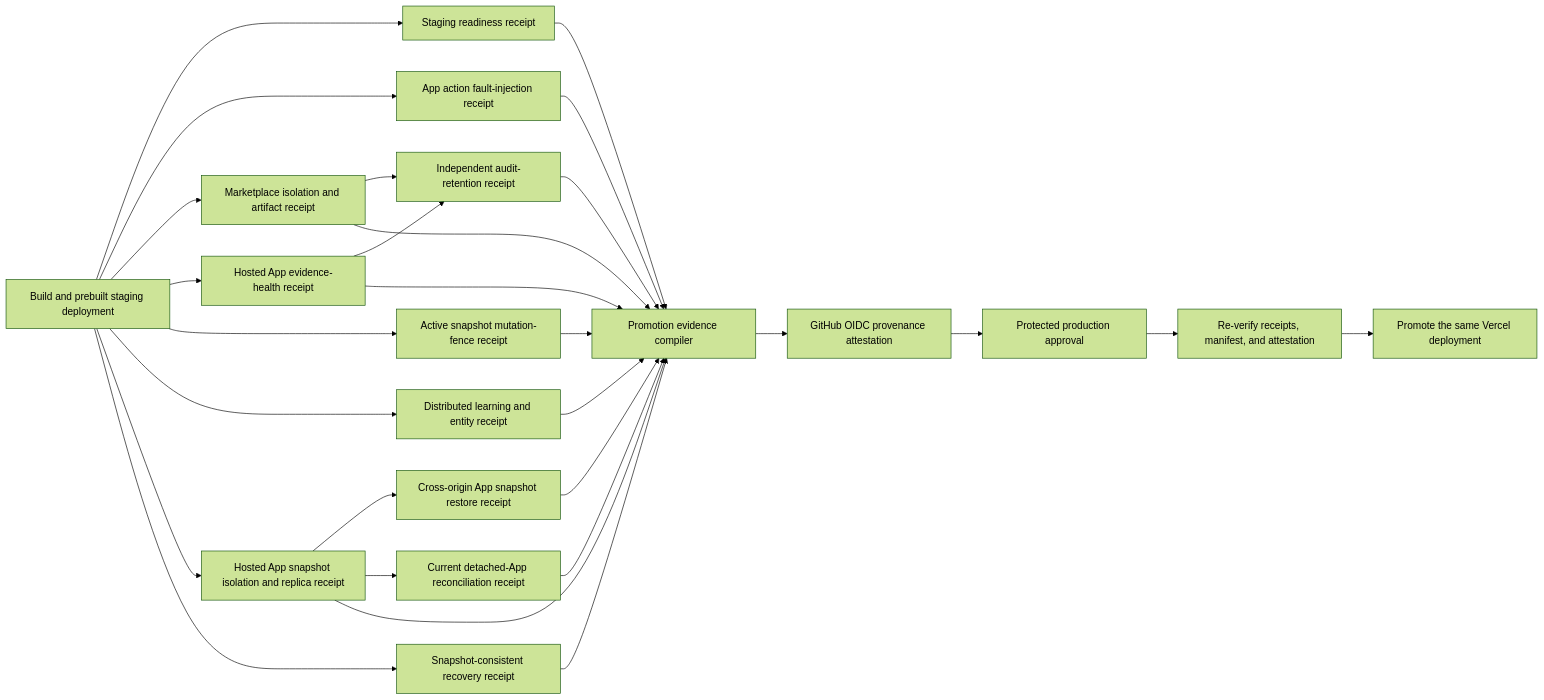
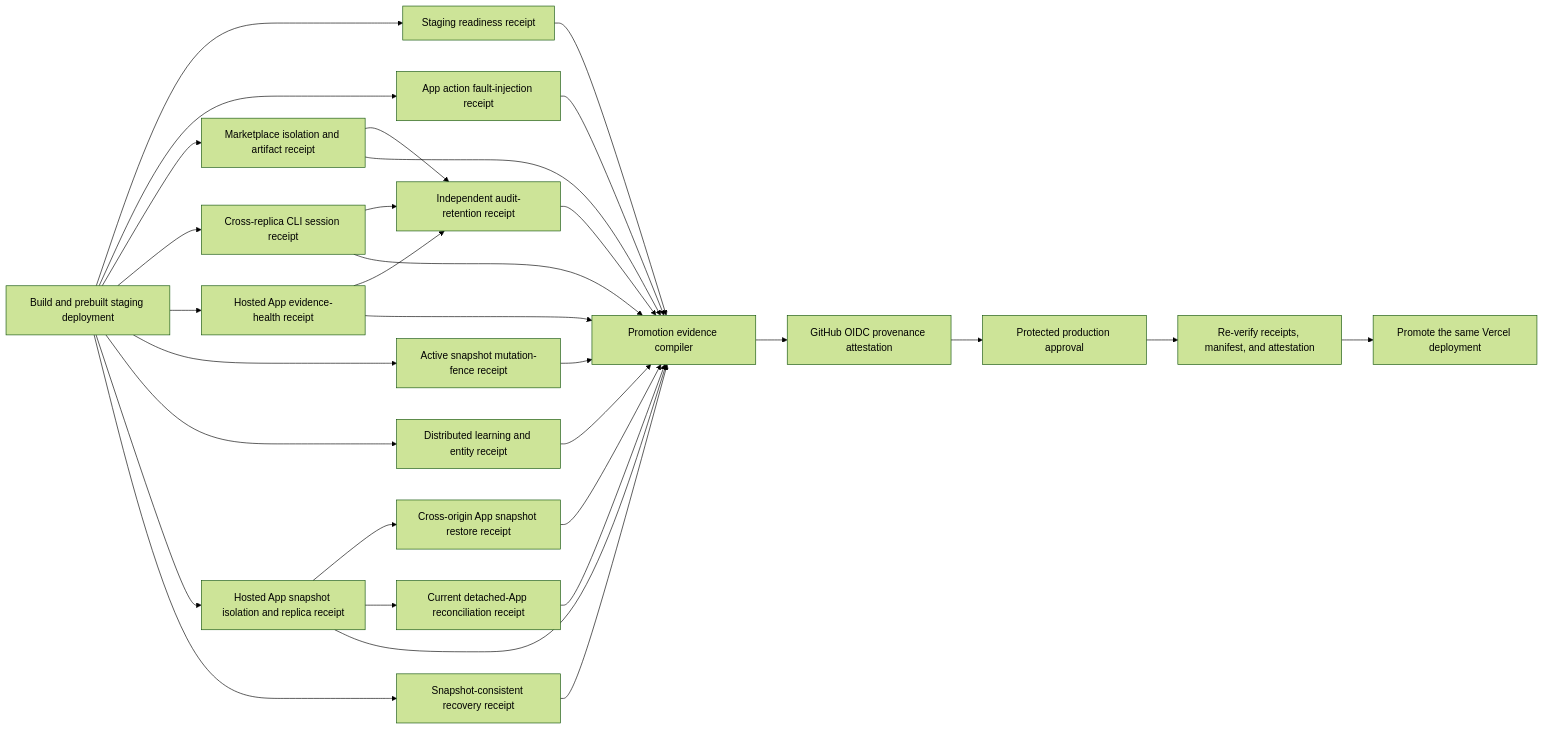
One commit to mrrkrieg/loopgraph changed the diagram in docs/PRODUCTION-PROMOTION-EVIDENCE.md. Above: the diagram before and after it, drawn with Mermaid (forest theme). The commit also changed other lines of this file and 13 other files, not shown here.

Commit message:
Require CLI session release evidence

````diff
--- a/docs/PRODUCTION-PROMOTION-EVIDENCE.md
+++ b/docs/PRODUCTION-PROMOTION-EVIDENCE.md
@@ -8,30 +8,33 @@
 ```mermaid
 flowchart LR
   V["Build and prebuilt staging deployment"] --> S["Staging readiness receipt"]
   V --> F["App action fault-injection receipt"]
   V --> M["Marketplace isolation and artifact receipt"]
+  V --> U["Cross-replica CLI session receipt"]
   V --> D["Hosted App evidence-health receipt"]
   V --> Q["Active snapshot mutation-fence receipt"]
   V --> L["Distributed learning and entity receipt"]
   V --> H["Hosted App snapshot isolation and replica receipt"]
   H --> B["Cross-origin App snapshot restore receipt"]
   H --> C["Current detached-App reconciliation receipt"]
   V --> R["Snapshot-consistent recovery receipt"]
   M --> A["Independent audit-retention receipt"]
   D --> A
+  U --> A
   S --> E["Promotion evidence compiler"]
   F --> E
   M --> E
+  U --> E
   D --> E
   Q --> E
   L --> E
   H --> E
   B --> E
   C --> E
   R --> E
   A --> E
   E --> T["GitHub OIDC provenance attestation"]
   T --> P["Protected production approval"]
   P --> X["Re-verify receipts, manifest, and attestation"]
   X --> Y["Promote the same Vercel deployment"]
 ```
````
